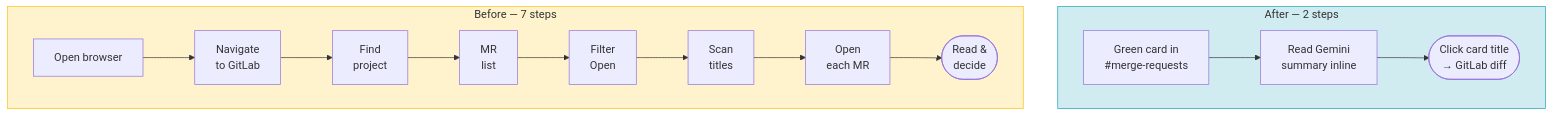
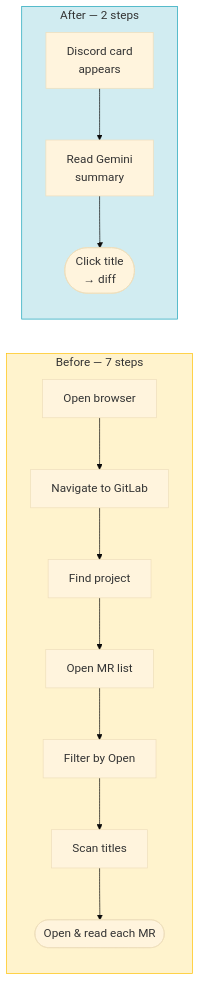
The second of 3 diagrams in content/posts/discord-linear-dev-workflow.md (Qenthm/ppl-blog), drawn with Mermaid before and after one commit. The commit also changed other lines of this file, not shown here.

Commit message:
post: tighten Mermaid diagram labels in discord-linear-dev-workflow

````diff
--- a/content/posts/discord-linear-dev-workflow.md
+++ b/content/posts/discord-linear-dev-workflow.md
@@ -152,15 +153,22 @@
 ```mermaid
-flowchart TB
-    subgraph after["After — 2 steps"]
-        direction LR
-        B1[Green card in\n#merge-requests] --> B2[Read Gemini\nsummary inline] --> B3([Click card title\n→ GitLab diff])
+%%{init: {'theme': 'base', 'themeVariables': {'fontSize': '17px', 'nodeSpacing': 40, 'rankSpacing': 50}}}%%
+flowchart LR
+    subgraph before["Before — 7 steps"]
+        direction TB
+        A1[Open browser] --> A2[Navigate to GitLab]
+        A2 --> A3[Find project]
+        A3 --> A4[Open MR list]
+        A4 --> A5[Filter by Open]
+        A5 --> A6[Scan titles]
+        A6 --> A7([Open & read each MR])
     end
 
-    subgraph before["Before — 7 steps"]
-        direction LR
-        A1[Open browser] --> A2[Navigate\nto GitLab] --> A3[Find\nproject] --> A4[MR\nlist] --> A5[Filter\nOpen] --> A6[Scan\ntitles] --> A7[Open\neach MR] --> A8([Read &\ndecide])
+    subgraph after["After — 2 steps"]
+        direction TB
+        B1[Discord card\nappears] --> B2[Read Gemini\nsummary]
+        B2 --> B3([Click title\n→ diff])
     end
 
     style before fill:#fff3cd,stroke:#ffc107,color:#333
     style after fill:#d1ecf1,stroke:#17a2b8,color:#333
 ```
````
